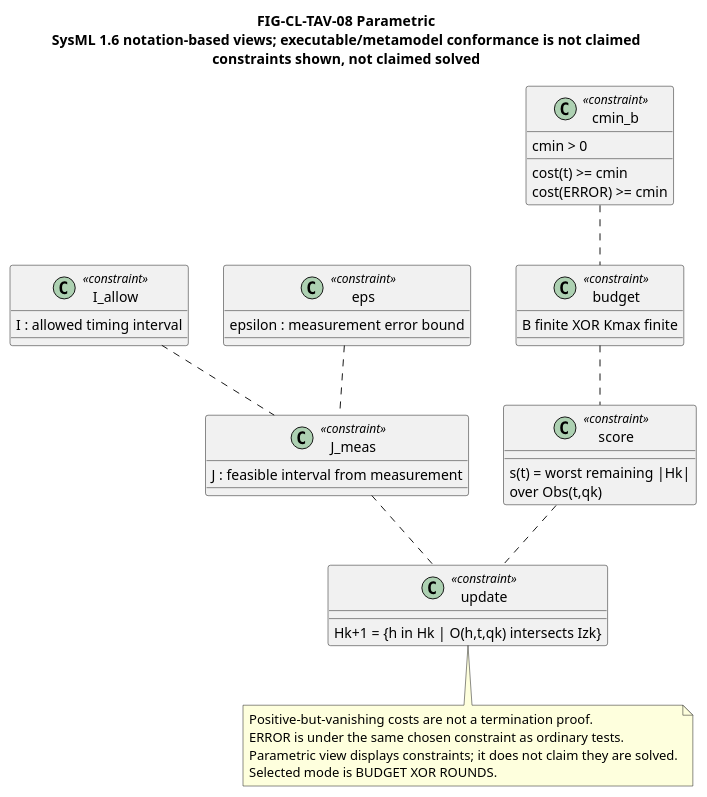
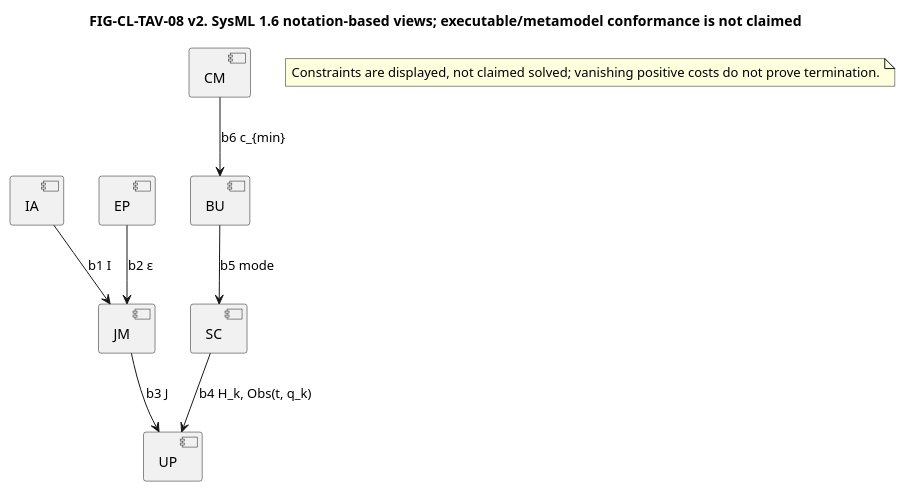
The diagram in docs/research/publication/models/FIG-CL-TAV-08-parametric.puml (ZhangChi0727/arinc-615a-conformance), drawn with PlantUML before and after one commit. The commit also changed 60 other files, not shown here.

First line of the commit message:
Install CL-TAV model-figure semantic revision v2 into candidates and the TAES draft.

```diff
--- a/docs/research/publication/models/FIG-CL-TAV-08-parametric.puml
+++ b/docs/research/publication/models/FIG-CL-TAV-08-parametric.puml
@@ -1,43 +1,29 @@
 @startuml FIG-CL-TAV-08
 skinparam shadowing false
-title FIG-CL-TAV-08 Parametric\nSysML 1.6 notation-based views; executable/metamodel conformance is not claimed\nconstraints shown, not claimed solved
-
-class I_allow <<constraint>> {
-  I : allowed timing interval
-}
-class eps <<constraint>> {
-  epsilon : measurement error bound
-}
-class J_meas <<constraint>> {
-  J : feasible interval from measurement
-}
-class cmin_b <<constraint>> {
-  cmin > 0
-  cost(t) >= cmin
-  cost(ERROR) >= cmin
-}
-class budget <<constraint>> {
-  B finite XOR Kmax finite
-}
-class score <<constraint>> {
-  s(t) = worst remaining |Hk|
-  over Obs(t,qk)
-}
-class update <<constraint>> {
-  Hk+1 = {h in Hk | O(h,t,qk) intersects Izk}
-}
-
-I_allow .. J_meas
-eps .. J_meas
-J_meas .. update
-cmin_b .. budget
-score .. update
-budget .. score
-
-note bottom
-  Positive-but-vanishing costs are not a termination proof.
-  ERROR is under the same chosen constraint as ordinary tests.
-  Parametric view displays constraints; it does not claim they are solved.
-  Selected mode is BUDGET XOR ROUNDS.
+title FIG-CL-TAV-08 v2. SysML 1.6 notation-based views; executable/metamodel conformance is not claimed
+' Approved figlib candidate v2 mapped to controlled ids. Not a proof of equivalence.
+' Displayed constraints include cmin, Kmax and Hk.
+component IA
+' entity IA: «constraint» / Allowed interval / I: allowed timing interval
+component EP
+' entity EP: «constraint» / Error bound / ε: measurement error
+component JM
+' entity JM: «constraint» / Measured interval / J: feasible interval from / measurement and ε
+component UP
+' entity UP: «constraint» / History update / H_{k+1} = {h ∈ H_k | / O(h, t, q_k) ∩ I_k ≠ ∅}
+component CM
+' entity CM: «constraint» / Positive cost / c_{min} > 0; cost(t) ≥ c_{min}; / cost(ERROR) ≥ c_{min}
+component BU
+' entity BU: «constraint» / Resource mode / B finite ⊕ K_{max} finite
+component SC
+' entity SC: «constraint» / Selection score / s(t) = worst remaining |H_k| / over Obs(t, q_k)
+IA --> JM : b1 I
+EP --> JM : b2 ε
+JM --> UP : b3 J
+SC --> UP : b4 H_k, Obs(t, q_k)
+BU --> SC : b5 mode
+CM --> BU : b6 c_{min}
+note as NT
+  Constraints are displayed, not claimed solved; vanishing positive costs do not prove termination.
 end note
 @enduml
```
